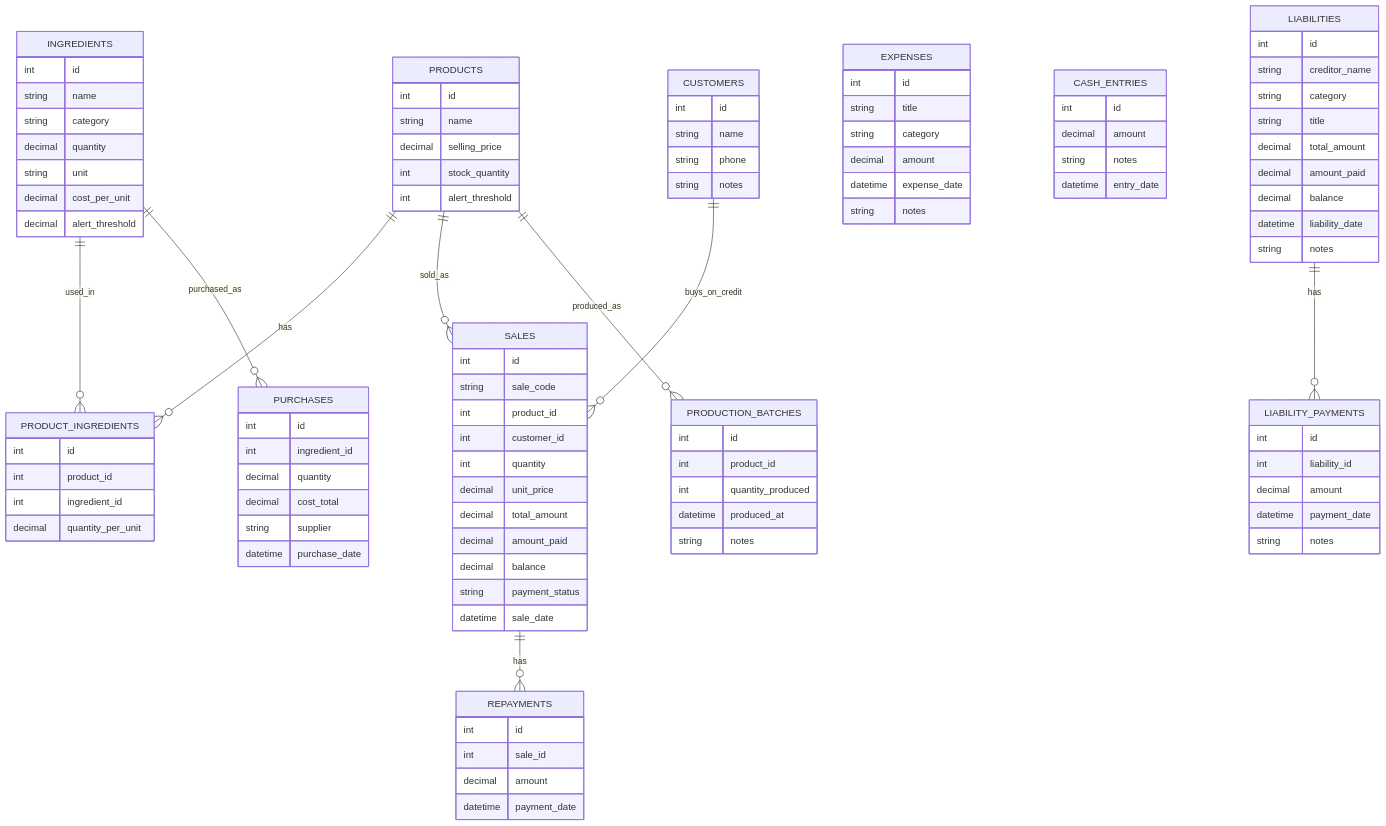
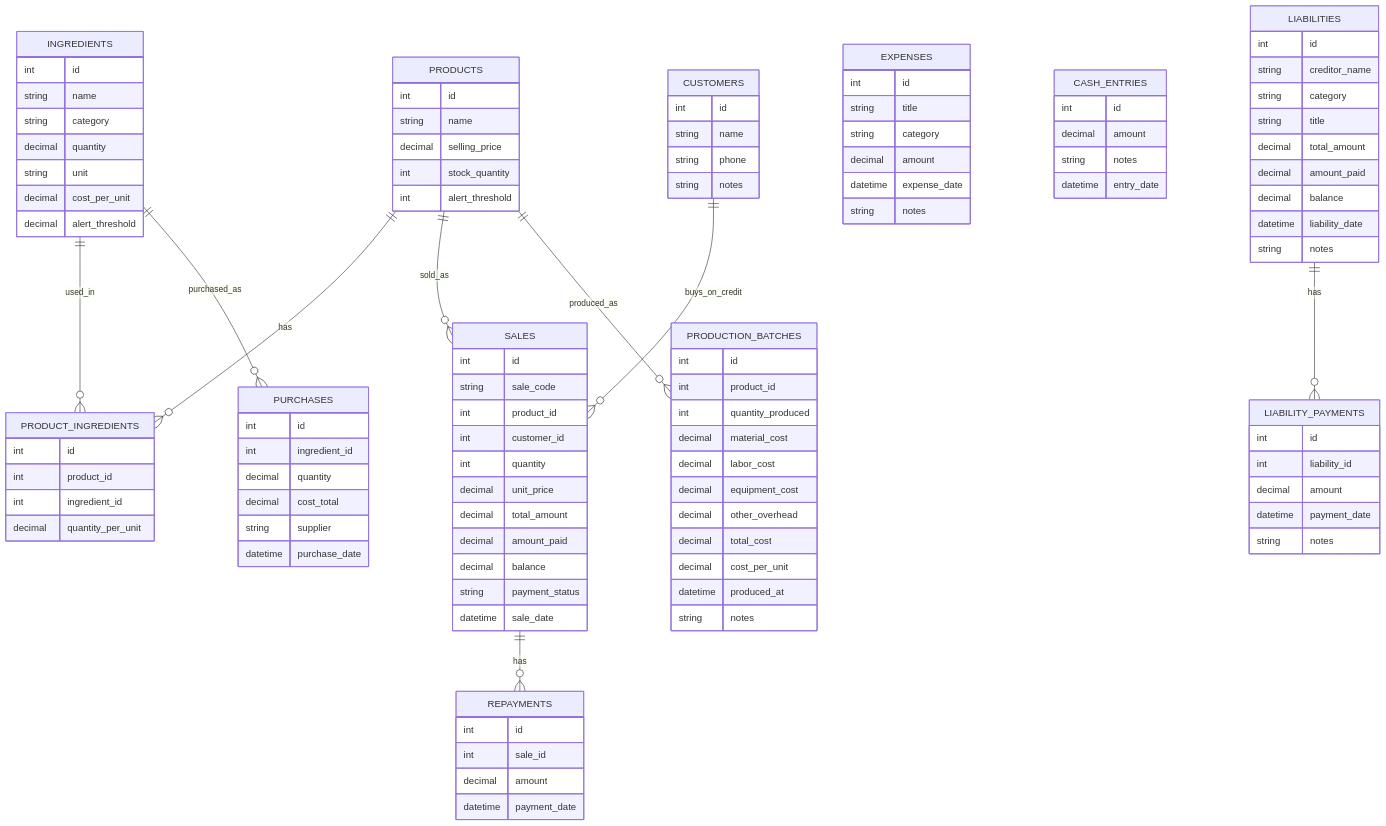
Before and after one commit to endalkhussien/taem-baltina-inventory: the diagram in docs/erd.md, drawn with Mermaid. The commit also changed 10 other files, not shown here.

First line of the commit message:
Add production cost tracking and profit from materials plus overhead

```diff
--- a/docs/erd.md
+++ b/docs/erd.md
@@ -61,6 +61,12 @@
       int id
       int product_id
       int quantity_produced
+      decimal material_cost
+      decimal labor_cost
+      decimal equipment_cost
+      decimal other_overhead
+      decimal total_cost
+      decimal cost_per_unit
       datetime produced_at
       string notes
     }
```
